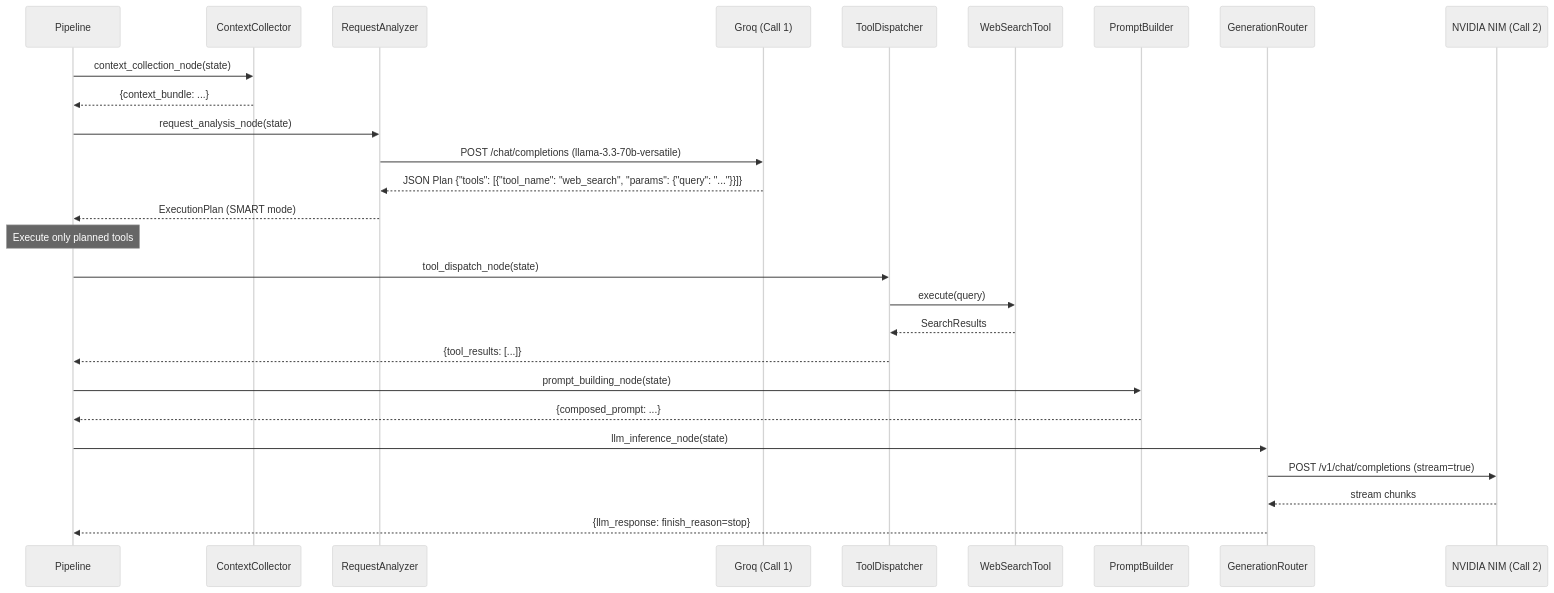
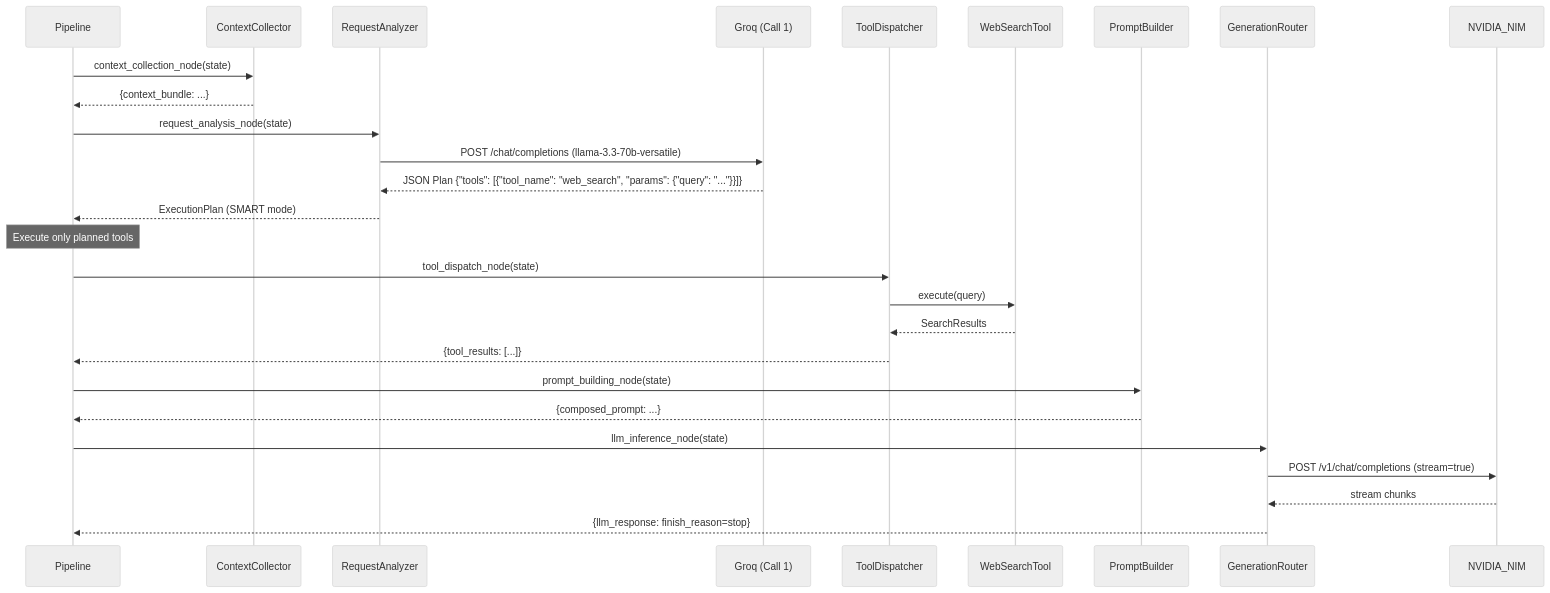
One commit to GranthanAI/llm-service changed diagram 29 of 33 in docs/lld.md. Above: the diagram before and after it, drawn with Mermaid (neutral theme). The commit also changed other lines of this file and 1 other file, not shown here.

Commit message:
docs: fix mermaid diagrams and update folder structure to app/ layout

````diff
--- a/docs/lld.md
+++ b/docs/lld.md
@@ -3104,34 +3110,34 @@
 ```mermaid
 sequenceDiagram
     participant Pipeline
     participant Ctx as ContextCollector
     participant Analyzer as RequestAnalyzer
     participant Groq as Groq (Call 1)
     participant Dispatcher as ToolDispatcher
     participant WebSearch as WebSearchTool
     participant PB as PromptBuilder
     participant Router as GenerationRouter
-    participant NVIDIA as NVIDIA NIM (Call 2)
+    participant NVIDIA as NVIDIA_NIM
 
     Pipeline->>Ctx: context_collection_node(state)
     Ctx-->>Pipeline: {context_bundle: ...}
 
     Pipeline->>Analyzer: request_analysis_node(state)
     Analyzer->>Groq: POST /chat/completions (llama-3.3-70b-versatile)
     Groq-->>Analyzer: JSON Plan {"tools": [{"tool_name": "web_search", "params": {"query": "..."}}]}
     Analyzer-->>Pipeline: ExecutionPlan (SMART mode)
 
     Note over Pipeline: Execute only planned tools
     Pipeline->>Dispatcher: tool_dispatch_node(state)
     Dispatcher->>WebSearch: execute(query)
     WebSearch-->>Dispatcher: SearchResults
     Dispatcher-->>Pipeline: {tool_results: [...]}
 
     Pipeline->>PB: prompt_building_node(state)
     PB-->>Pipeline: {composed_prompt: ...}
 
     Pipeline->>Router: llm_inference_node(state)
     Router->>NVIDIA: POST /v1/chat/completions (stream=true)
     NVIDIA-->>Router: stream chunks
     Router-->>Pipeline: {llm_response: finish_reason=stop}
 ```
````
